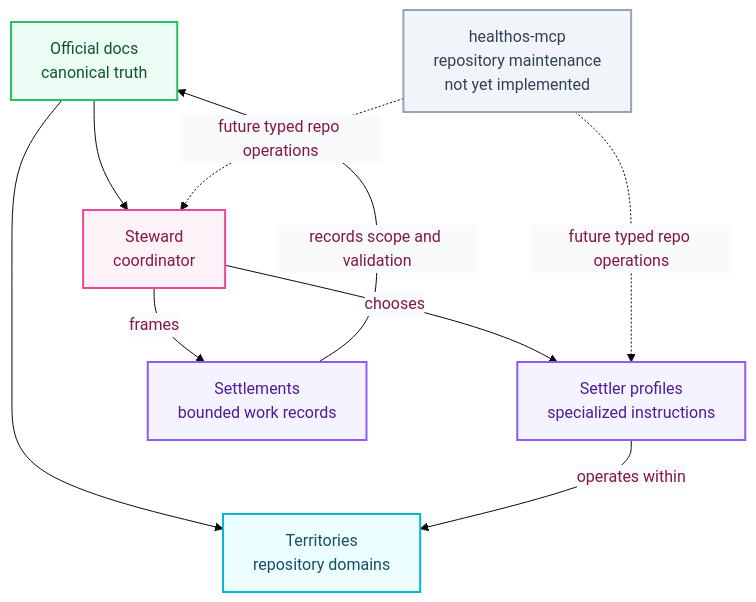
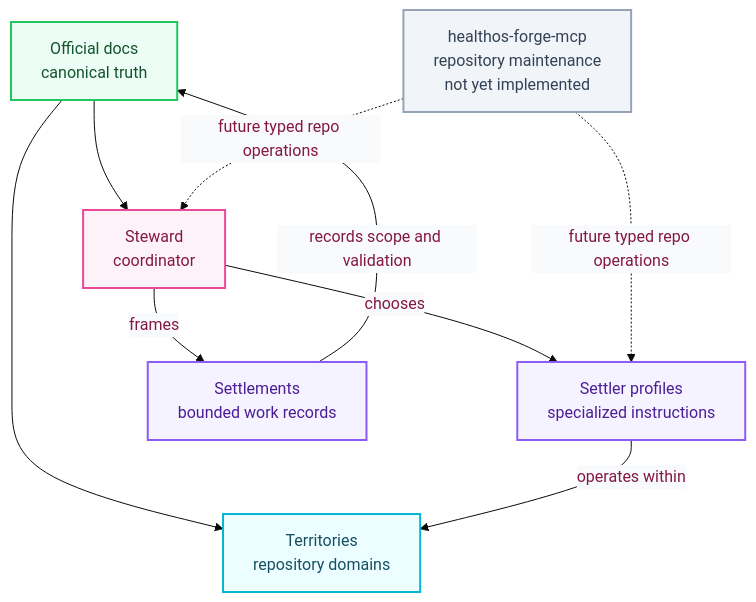
The ninth of 10 diagrams in README.md (myselfgus/HealthOScaffold), drawn with Mermaid before and after one commit. The commit also changed other lines of this file and 12 other files, not shown here.

First line of the commit message:
docs(ontology): ST-011A align runtime taxonomy and Forge MCP naming

````diff
--- a/README.md
+++ b/README.md
@@ -614,25 +614,25 @@
 ```mermaid
 %%{init: {'theme': 'base', 'themeVariables': {'primaryColor': '#fdf2f8', 'primaryBorderColor': '#f9a8d4', 'primaryTextColor': '#831843', 'clusterBkg': '#ffffff', 'clusterBorder': '#e5e7eb', 'titleColor': '#0f172a', 'edgeLabelBackground': '#f8fafc', 'fontFamily': 'ui-sans-serif, system-ui, -apple-system'}}}%%
 flowchart TD
     classDef steward   fill:#fdf2f8,stroke:#ec4899,stroke-width:2px,color:#831843
     classDef settler   fill:#f5f3ff,stroke:#8b5cf6,stroke-width:2px,color:#4c1d95
     classDef territory fill:#ecfeff,stroke:#06b6d4,stroke-width:2px,color:#164e63
     classDef docs      fill:#ecfdf5,stroke:#22c55e,stroke-width:2px,color:#14532d
     classDef boundary  fill:#f1f5f9,stroke:#94a3b8,stroke-width:2px,color:#334155
 
     DOCS[Official docs\ncanonical truth]:::docs
     STEW[Steward\ncoordinator]:::steward
     SETT[Settler profiles\nspecialized instructions]:::settler
     WORK[Settlements\nbounded work records]:::settler
     TERR[Territories\nrepository domains]:::territory
-    MCP[healthos-mcp\nrepository maintenance\nnot yet implemented]:::boundary
+    MCP[healthos-forge-mcp\nrepository maintenance\nnot yet implemented]:::boundary
 
     DOCS --> STEW
     DOCS --> TERR
     STEW -->|frames| WORK
     STEW -->|chooses| SETT
     SETT -->|operates within| TERR
     WORK -->|records scope and validation| DOCS
     MCP -. future typed repo operations .-> STEW
     MCP -. future typed repo operations .-> SETT
 ```
````
